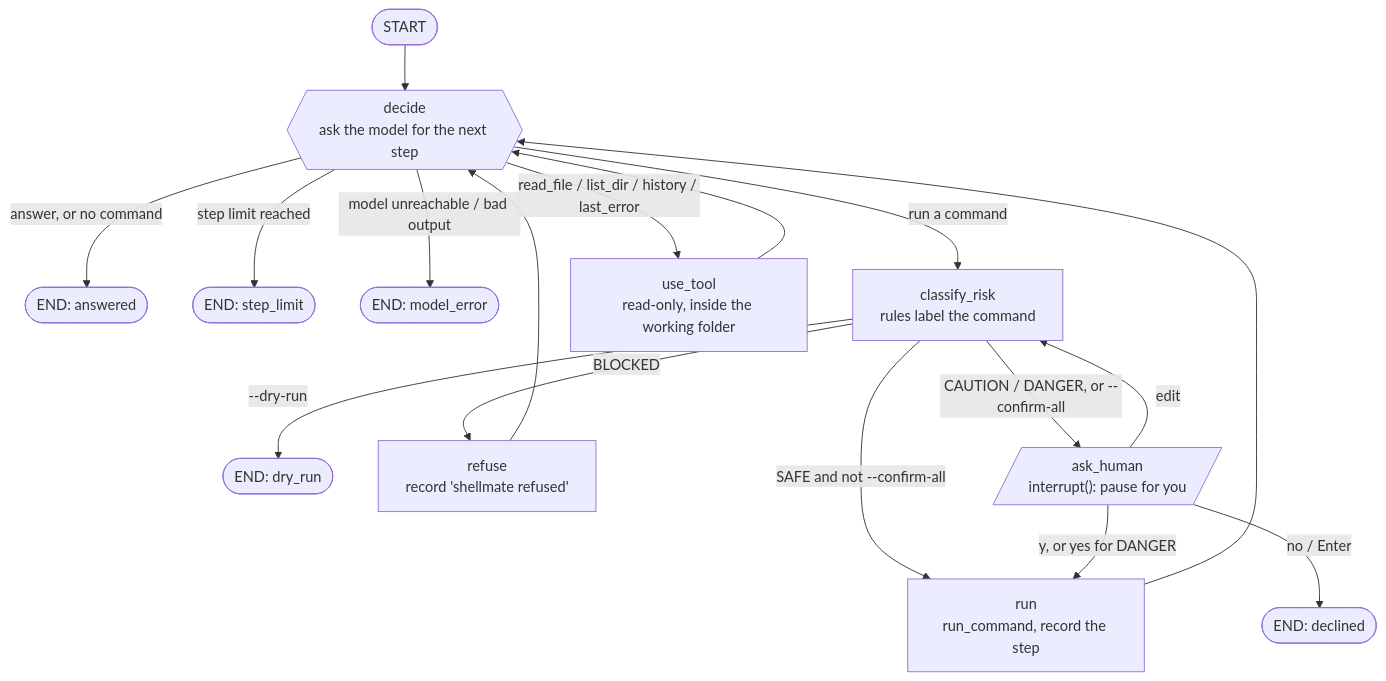
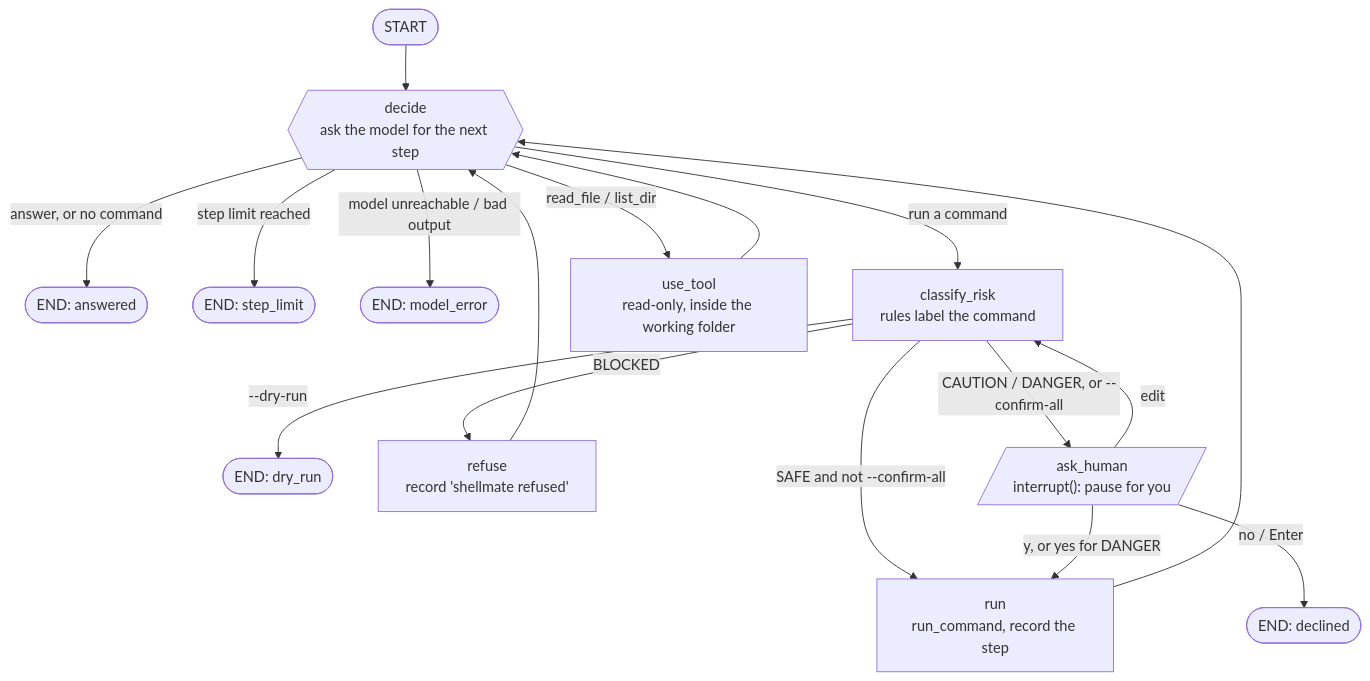
One commit to prameshbhattarai/shellmate changed the third of 7 diagrams in docs/how-it-works.md. Above: the diagram before and after it, drawn with Mermaid. The commit also changed other lines of this file and 22 other files, not shown here.

````diff
--- a/docs/how-it-works.md
+++ b/docs/how-it-works.md
@@ -84,31 +83,31 @@
 ```mermaid
 flowchart TD
     START([START]) --> decide
 
     decide{{"decide<br/>ask the model for the next step"}}
     decide -->|"answer, or no command"| END_A([END: answered])
     decide -->|"step limit reached"| END_L([END: step_limit])
     decide -->|"model unreachable / bad output"| END_E([END: model_error])
     decide -->|"run a command"| classify
-    decide -->|"read_file / list_dir / history / last_error"| tool
+    decide -->|"read_file / list_dir"| tool
 
     tool["use_tool<br/>read-only, inside the working folder"]
     tool --> decide
 
     classify["classify_risk<br/>rules label the command"]
     classify -->|"--dry-run"| END_D([END: dry_run])
     classify -->|BLOCKED| refuse
     classify -->|"SAFE and not --confirm-all"| run
     classify -->|"CAUTION / DANGER, or --confirm-all"| ask
 
     ask[/"ask_human<br/>interrupt(): pause for you"/]
     ask -->|"y, or yes for DANGER"| run
     ask -->|"edit"| classify
     ask -->|"no / Enter"| END_N([END: declined])
 
     run["run<br/>run_command, record the step"]
     run --> decide
 
     refuse["refuse<br/>record 'shellmate refused'"]
     refuse --> decide
 ```
````
